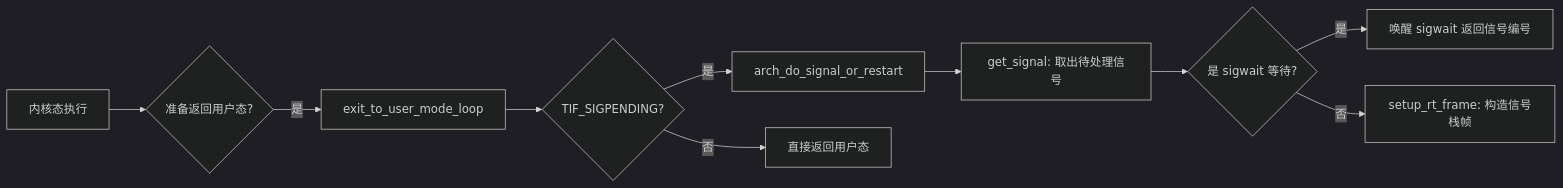
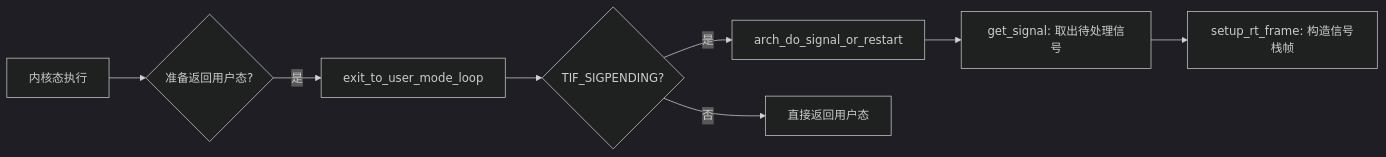
Before and after one commit to al2wyw/c_demo: the fourth of 5 diagrams in docs/misc/cpu_signal.md, drawn with Mermaid (dark theme). The commit also changed other lines of this file, not shown here.

````diff
--- a/docs/misc/cpu_signal.md
+++ b/docs/misc/cpu_signal.md
@@ -365,12 +367,10 @@
 ```mermaid
 graph LR
     A[内核态执行] --> B{准备返回用户态?}
     B -->|是| C[exit_to_user_mode_loop]
     C --> D{TIF_SIGPENDING?}
     D -->|是| E[arch_do_signal_or_restart]
     D -->|否| F[直接返回用户态]
     E --> G[get_signal: 取出待处理信号]
-    G --> H{是 sigwait 等待?}
-    H -->|是| I[唤醒 sigwait 返回信号编号]
-    H -->|否| J[setup_rt_frame: 构造信号栈帧]
+    G --> J[setup_rt_frame: 构造信号栈帧]
 ```
````
